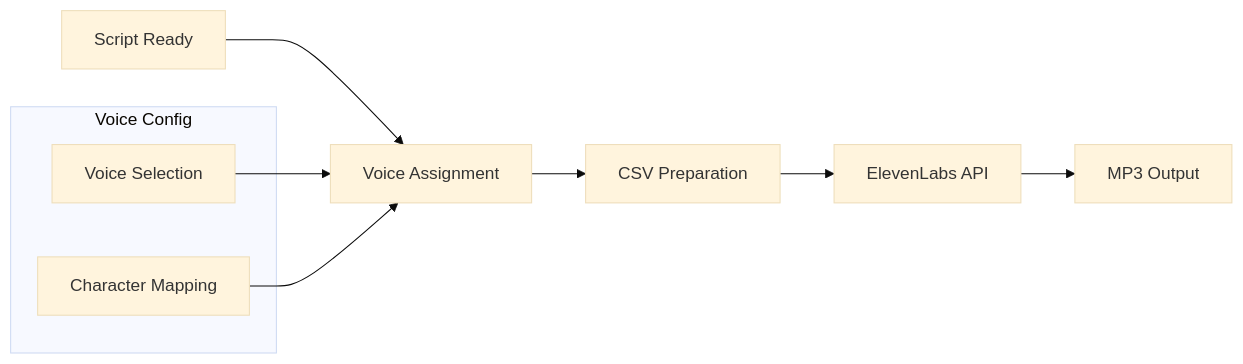
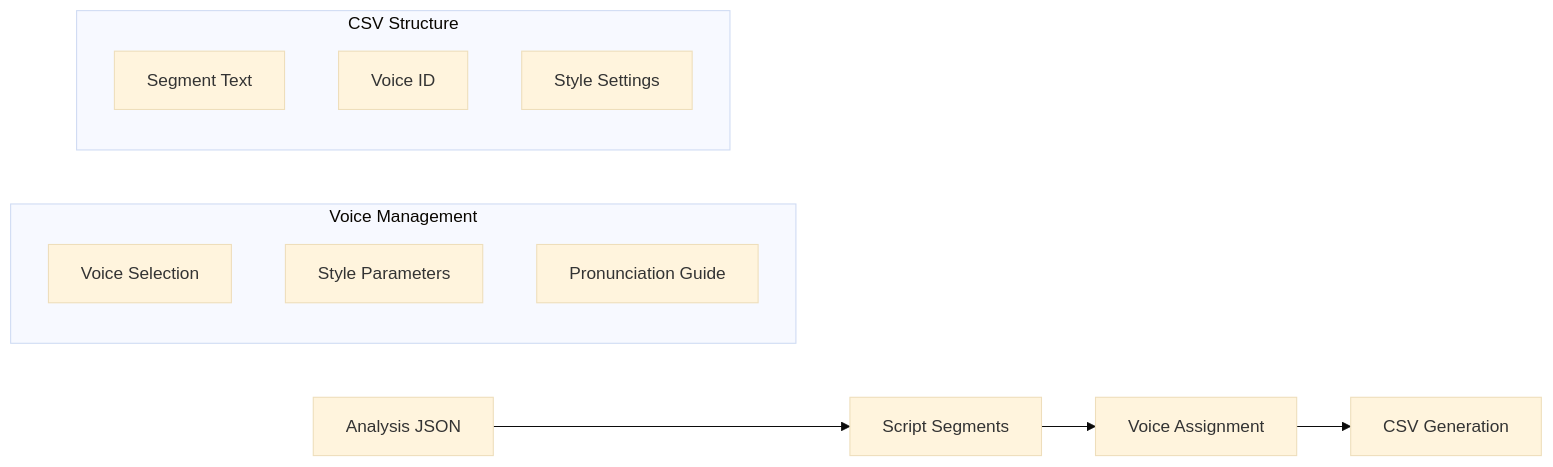
The third of 3 diagrams in masterplan.md (MarkAC007/text2pod), drawn with Mermaid (base theme) before and after one commit. The commit also changed other lines of this file and 21 other files, not shown here.

````diff
--- a/masterplan.md
+++ b/masterplan.md
@@ -91,15 +200,18 @@
 ```mermaid
 flowchart LR
-    A[Script Ready] --> B[Voice Assignment]
-    B --> C[CSV Preparation]
-    C --> D[ElevenLabs API]
-    D --> E[MP3 Output]
+    A[Analysis JSON] --> B[Script Segments]
+    B --> C[Voice Assignment]
+    C --> D[CSV Generation]
     
-    subgraph Voice Config
-        F[Voice Selection]
-        G[Character Mapping]
+    subgraph Voice Management
+        V1[Voice Selection]
+        V2[Style Parameters]
+        V3[Pronunciation Guide]
     end
     
-    F --> B
-    G --> B
+    subgraph CSV Structure
+        CS1[Segment Text]
+        CS2[Voice ID]
+        CS3[Style Settings]
+    end
 ```
````
